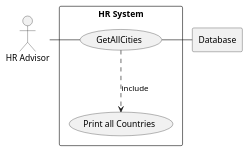
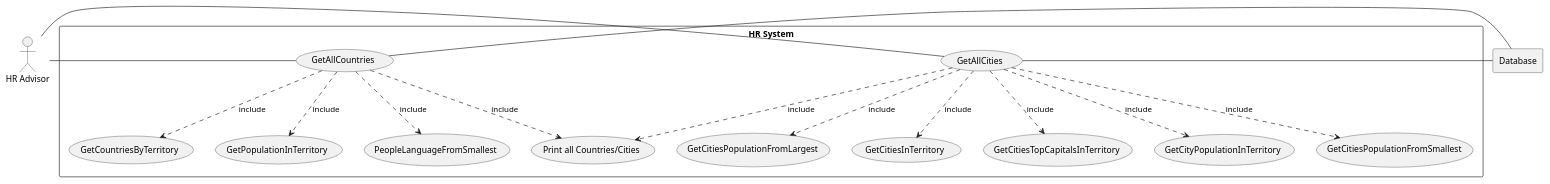
The diagram in use-cases/HR system.puml (namonajem/UNI-SEMG6), drawn with PlantUML before and after one commit.

Commit message:
PlantUML use case diagram created

```diff
--- a/use-cases/HR system.puml
+++ b/use-cases/HR system.puml
@@ -1,17 +1,51 @@
 @startuml
 
 actor HR as "HR Advisor"
 
 rectangle Database
 
 rectangle "HR System" {
-    usecase UC4 as "GetAllCities"
+    usecase UC1 as "GetAllCities"
 
-    usecase UCa as "Print all Countries"
+    usecase UC2 as "GetAllCountries"
 
-    HR - UC4
-    UC4 ..> UCa : include
-    UC4 - Database
+    usecase UC3 as "GetCountriesByTerritory"
+
+    usecase UC4 as "Print all Countries/Cities"
+
+    usecase UC5 as "GetCitiesPopulationFromSmallest"
+
+    usecase UC6 as "GetCitiesPopulationFromLargest"
+
+    usecase UC7 as "GetCitiesInTerritory"
+
+    usecase UC8 as "GetCitiesTopCapitalsInTerritory"
+
+    usecase UC9 as "GetPopulationInTerritory"
+
+    usecase UC10 as "GetCityPopulationInTerritory"
+
+    usecase UC11 as "PeopleLanguageFromSmallest"
+
+
+    HR - UC1
+    HR - UC2
+
+
+    UC1 ..> UC4 : include
+    UC1 ..> UC5 : include
+    UC1 ..> UC6 : include
+    UC1 ..> UC7 : include
+    UC1 ..> UC8 : include
+    UC1 ..> UC10 : include
+
+    UC2 ..> UC4 : include
+    UC2 ..> UC3 : include
+    UC2 ..> UC9 : include
+    UC2 ..> UC11 : include
+
+    UC1 - Database
+    UC2 - Database
 }
 
 @enduml
```
